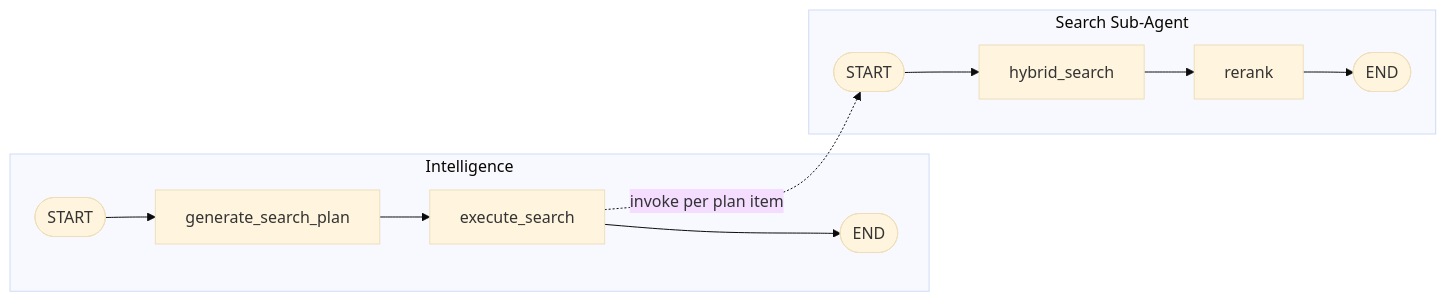
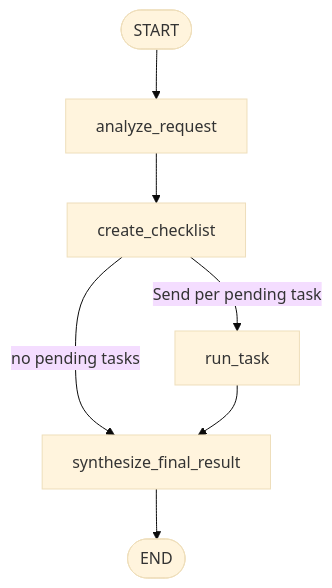
One commit to Laser-Power-Infra/tender-agent changed the second of 3 diagrams in README.md. Above: the diagram before and after it, drawn with Mermaid (base theme). The commit also changed other lines of this file and 48 other files, not shown here.

````diff
--- a/README.md
+++ b/README.md
@@ -183,14 +185,9 @@
 ```mermaid
-flowchart LR
-    subgraph Intelligence
-        A([START]) --> B[generate_search_plan]
-        B --> C[execute_search]
-        C --> Z([END])
-    end
-    subgraph Search Sub-Agent
-        D([START]) --> E[hybrid_search]
-        E --> F[rerank]
-        F --> G([END])
-    end
-    C -.invoke per plan item.-> D
+flowchart TD
+    A([START]) --> B[analyze_request]
+    B --> C[create_checklist]
+    C -->|Send per pending task| D[run_task]
+    C -->|no pending tasks| G[synthesize_final_result]
+    D --> G
+    G --> Z([END])
 ```
````
